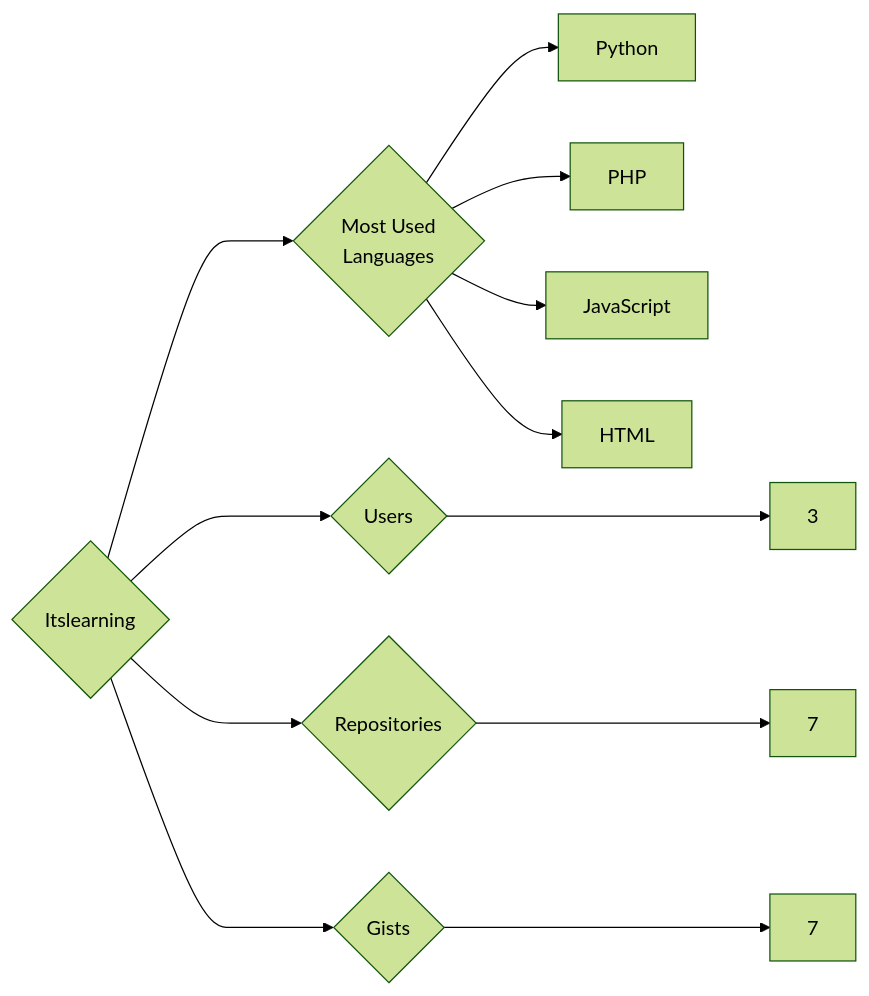
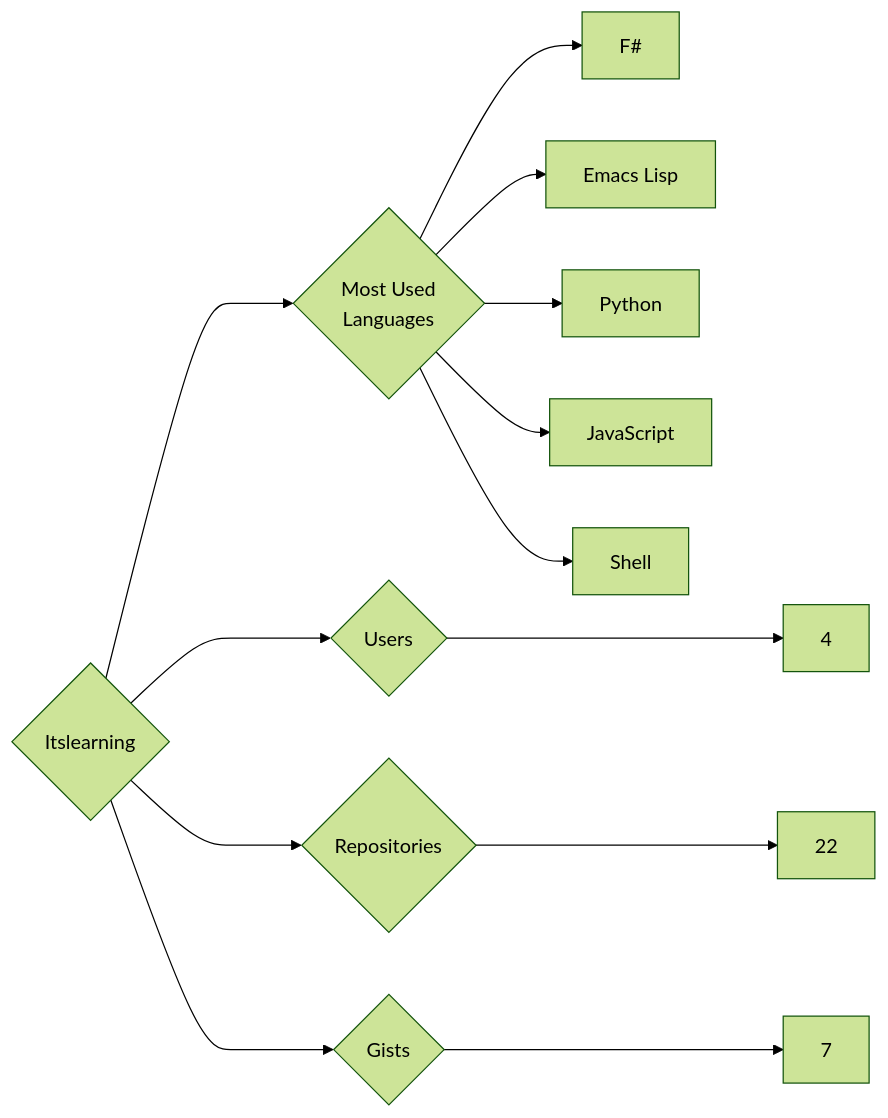
The diagram in targets/Itslearning/README.md (trickest/insiders), drawn with Mermaid (forest theme) before and after one commit. The commit also changed 874 other files, not shown here.

````diff
--- a/targets/Itslearning/README.md
+++ b/targets/Itslearning/README.md
@@ -3,12 +3,13 @@
 ```mermaid
 graph LR
 COMPANY_NAME{Itslearning}
-COMPANY_NAME ---> U{Users} ---> UN[3]
-COMPANY_NAME ---> R{Repositories} ---> RN[7]
+COMPANY_NAME ---> U{Users} ---> UN[4]
+COMPANY_NAME ---> R{Repositories} ---> RN[22]
 COMPANY_NAME ---> G{Gists} ---> GN[7]
 COMPANY_NAME ---> ML{Most Used<br>Languages}
+ML --> F#[F#]
+ML --> Emacs_Lisp[Emacs Lisp]
 ML --> Python[Python]
-ML --> PHP[PHP]
 ML --> JavaScript[JavaScript]
-ML --> HTML[HTML]
+ML --> Shell[Shell]
 ```
````
